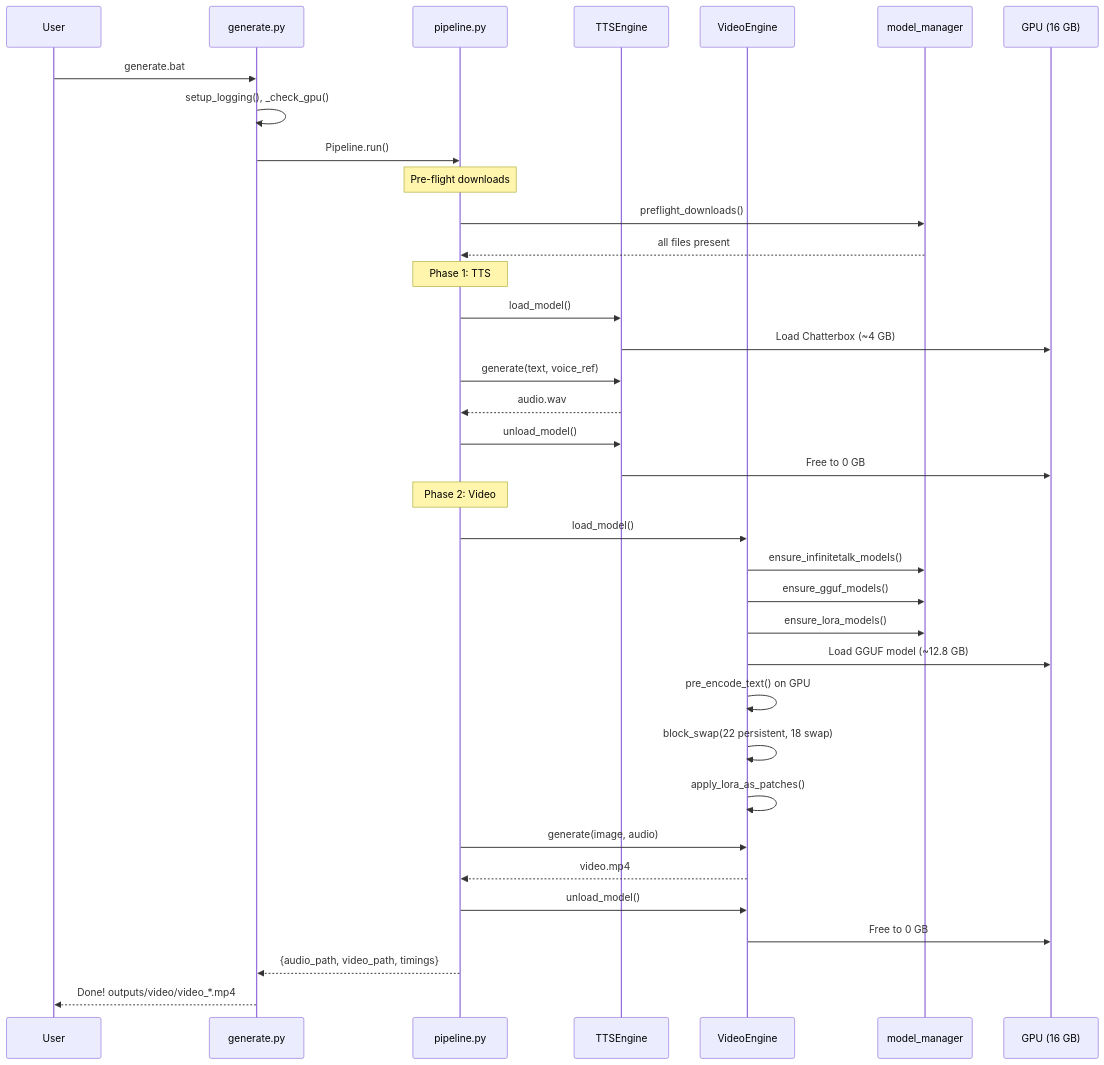
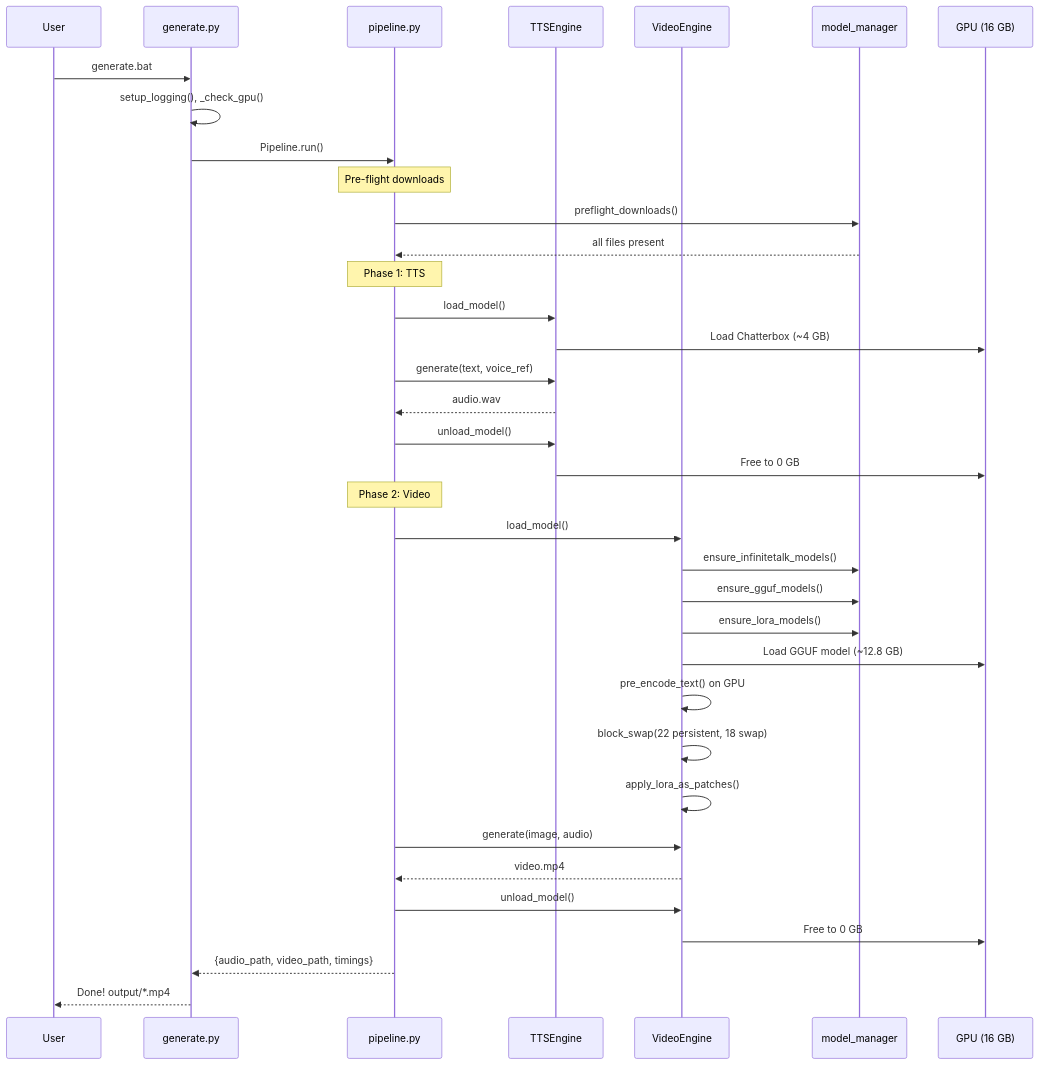
Before and after one commit to garystorey/zimbra: the second of 16 diagrams in docs/tdd.md, drawn with Mermaid. The commit also changed other lines of this file and 15 other files, not shown here.

````diff
--- a/docs/tdd.md
+++ b/docs/tdd.md
@@ -57,43 +57,43 @@
 ```mermaid
 sequenceDiagram
     participant User
     participant CLI as generate.py
     participant Pipe as pipeline.py
     participant TTS as TTSEngine
     participant VE as VideoEngine
     participant MM as model_manager
     participant GPU as GPU (16 GB)
 
     User->>CLI: generate.bat
     CLI->>CLI: setup_logging(), _check_gpu()
     CLI->>Pipe: Pipeline.run()
 
     Note over Pipe: Pre-flight downloads
     Pipe->>MM: preflight_downloads()
     MM-->>Pipe: all files present
 
     Note over Pipe: Phase 1: TTS
     Pipe->>TTS: load_model()
     TTS->>GPU: Load Chatterbox (~4 GB)
     Pipe->>TTS: generate(text, voice_ref)
     TTS-->>Pipe: audio.wav
     Pipe->>TTS: unload_model()
     TTS->>GPU: Free to 0 GB
 
     Note over Pipe: Phase 2: Video
     Pipe->>VE: load_model()
     VE->>MM: ensure_infinitetalk_models()
     VE->>MM: ensure_gguf_models()
     VE->>MM: ensure_lora_models()
     VE->>GPU: Load GGUF model (~12.8 GB)
     VE->>VE: pre_encode_text() on GPU
     VE->>VE: block_swap(22 persistent, 18 swap)
     VE->>VE: apply_lora_as_patches()
     Pipe->>VE: generate(image, audio)
     VE-->>Pipe: video.mp4
     Pipe->>VE: unload_model()
     VE->>GPU: Free to 0 GB
 
     Pipe-->>CLI: {audio_path, video_path, timings}
-    CLI-->>User: Done! outputs/video/video_*.mp4
+    CLI-->>User: Done! output/*.mp4
 ```
````
